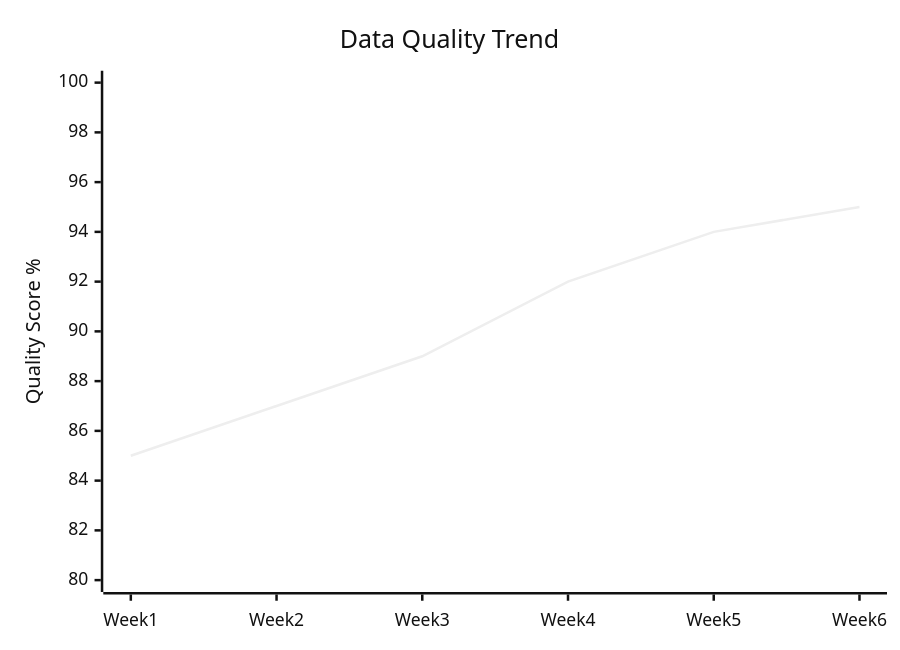
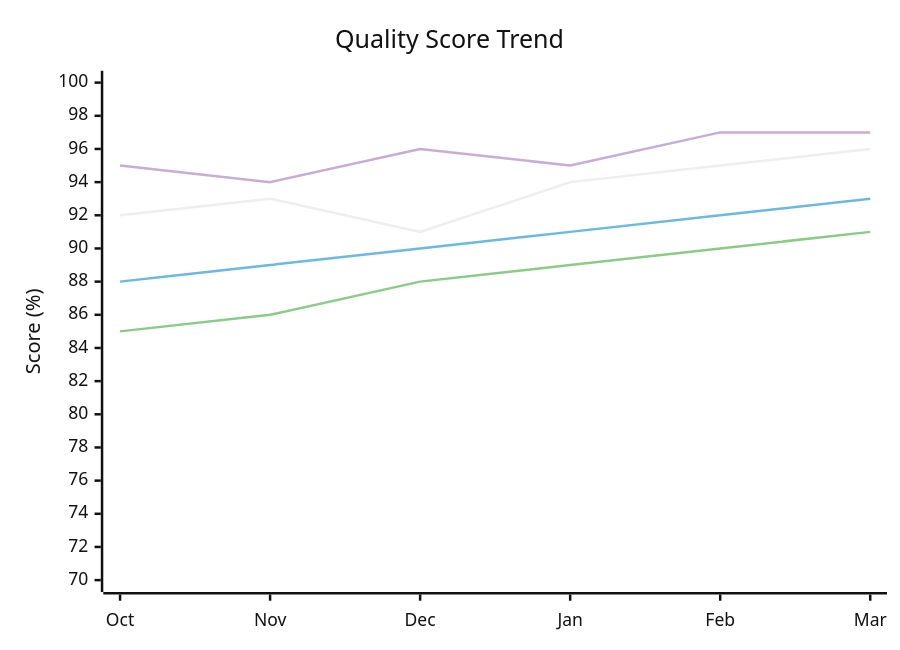
The second of 6 diagrams in skills/superior-byteworks-wrighter/stories/reference/data/data_quality_report.md (borealBytes/my-farm-advisor), drawn with Mermaid (neutral theme) before and after one commit. The commit also changed other lines of this file and 95 other files, not shown here.

First line of the commit message:
Add sales proposal, penetration test report, and security architecture review templates

````diff
--- a/skills/superior-byteworks-wrighter/stories/reference/data/data_quality_report.md
+++ b/skills/superior-byteworks-wrighter/stories/reference/data/data_quality_report.md
@@ -329,7 +53,13 @@
 ```mermaid
 xychart-beta
-    title "Data Quality Trend"
-    x-axis [Week 1, Week 2, Week 3, Week 4, Week 5, Week 6]
-    y-axis "Quality Score %" 80 --> 100
-    line [85, 87, 89, 92, 94, 95]
+    accTitle: Data Quality Trend Over 6 Months
+    accDescr: Line chart showing monthly quality scores across dimensions
+
+    title "Quality Score Trend"
+    x-axis ["Oct", "Nov", "Dec", "Jan", "Feb", "Mar"]
+    y-axis "Score (%)" 70 --> 100
+    line "Accuracy" [92, 93, 91, 94, 95, 96]
+    line "Completeness" [88, 89, 90, 91, 92, 93]
+    line "Consistency" [85, 86, 88, 89, 90, 91]
+    line "Timeliness" [95, 94, 96, 95, 97, 97]
 ```
````
